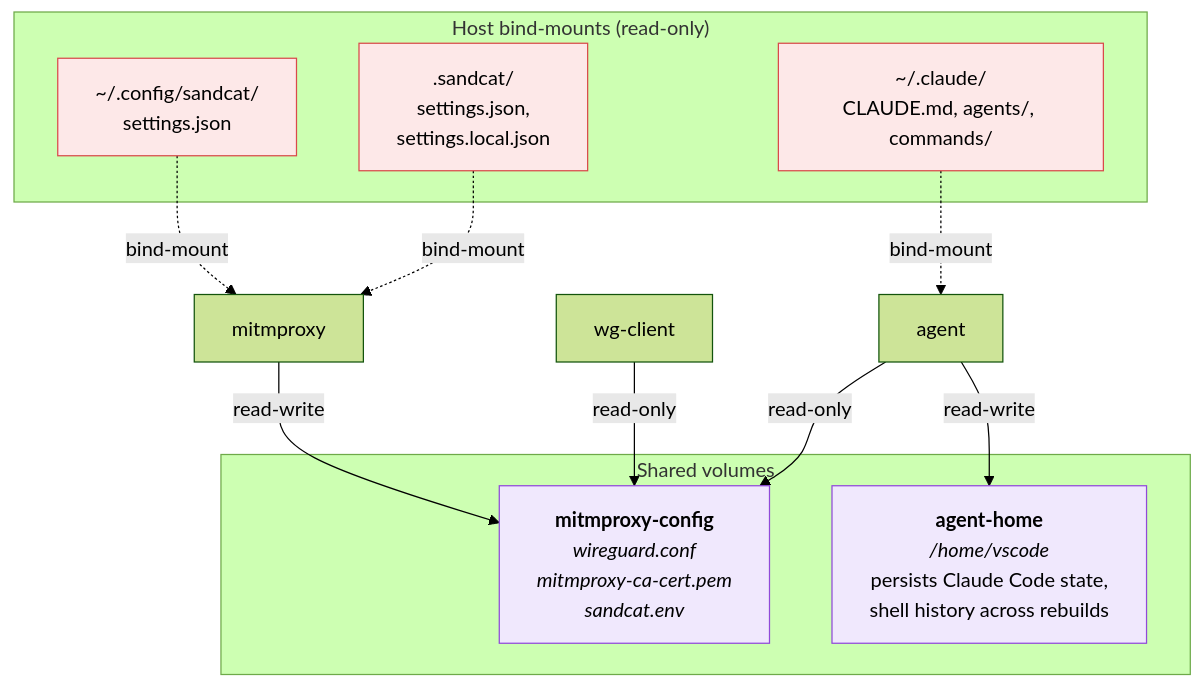
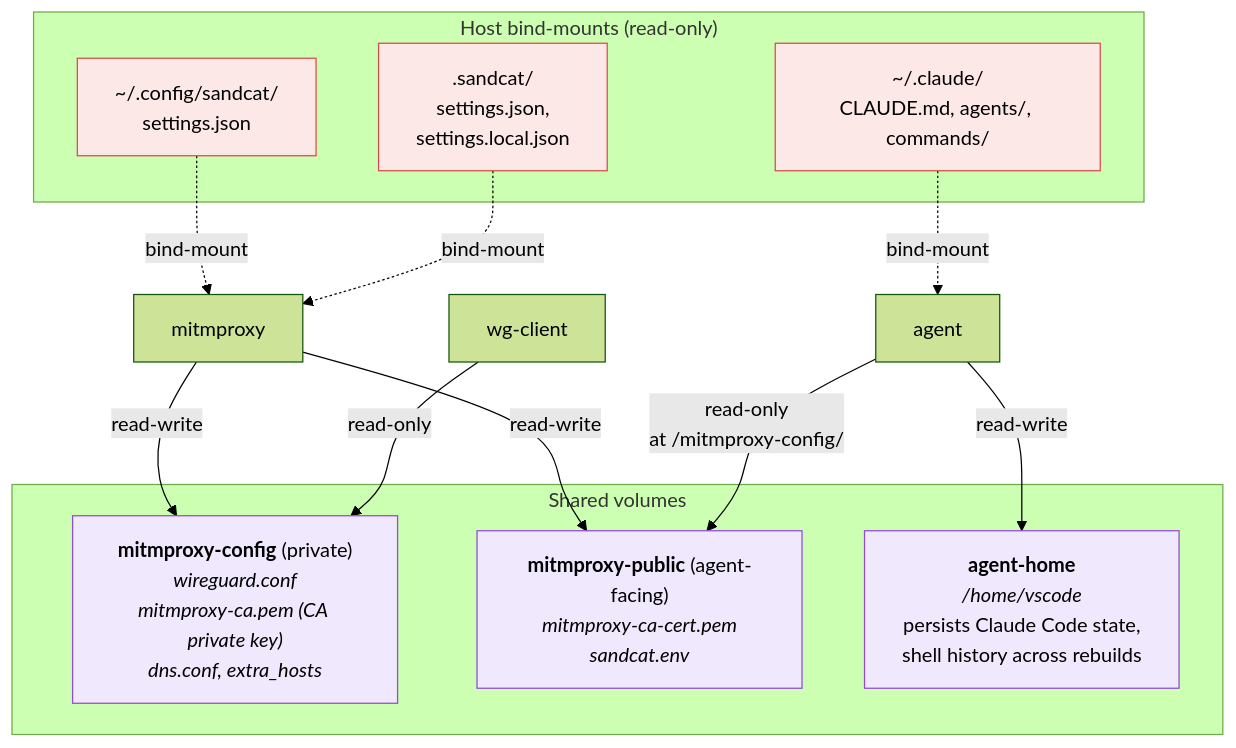
Before and after one commit to VirtusLab/sandcat: the second of 3 diagrams in README.md, drawn with Mermaid (forest theme). The commit also changed other lines of this file, not shown here.

First line of the commit message:
docs: correct volume references after the mitmproxy-public split (#104)

````diff
--- a/README.md
+++ b/README.md
@@ -1155,27 +1157,30 @@
 ```mermaid
 flowchart TB
     subgraph volumes["Shared volumes"]
-        mc["<b>mitmproxy-config</b><br/><i>wireguard.conf</i><br/><i>mitmproxy-ca-cert.pem</i><br/><i>sandcat.env</i>"]
+        mc["<b>mitmproxy-config</b> (private)<br/><i>wireguard.conf</i><br/><i>mitmproxy-ca.pem (CA private key)</i><br/><i>dns.conf, extra_hosts</i>"]
+        mp["<b>mitmproxy-public</b> (agent-facing)<br/><i>mitmproxy-ca-cert.pem</i><br/><i>sandcat.env</i>"]
         ah["<b>agent-home</b><br/><i>/home/vscode</i><br/>persists Claude Code state,<br/>shell history across rebuilds"]
     end
 
     subgraph host["Host bind-mounts (read-only)"]
         settings["~/.config/sandcat/<br/>settings.json"]
         projsettings[".sandcat/<br/>settings.json,<br/>settings.local.json"]
         claude["~/.claude/<br/>CLAUDE.md, agents/, commands/"]
     end
 
     mitm["mitmproxy"] -- "read-write" --> mc
+    mitm -- "read-write" --> mp
     wg["wg-client"] -- "read-only" --> mc
-    agent["agent"] -- "read-only" --> mc
+    agent["agent"] -- "read-only<br/>at /mitmproxy-config/" --> mp
     agent -- "read-write" --> ah
     settings -. "bind-mount" .-> mitm
     projsettings -. "bind-mount" .-> mitm
     claude -. "bind-mount" .-> agent
 
     style mc fill:#f0e8fd,stroke:#904ad9
+    style mp fill:#f0e8fd,stroke:#904ad9
     style ah fill:#f0e8fd,stroke:#904ad9
     style settings fill:#fde8e8,stroke:#d94a4a
     style projsettings fill:#fde8e8,stroke:#d94a4a
     style claude fill:#fde8e8,stroke:#d94a4a
 ```
````
